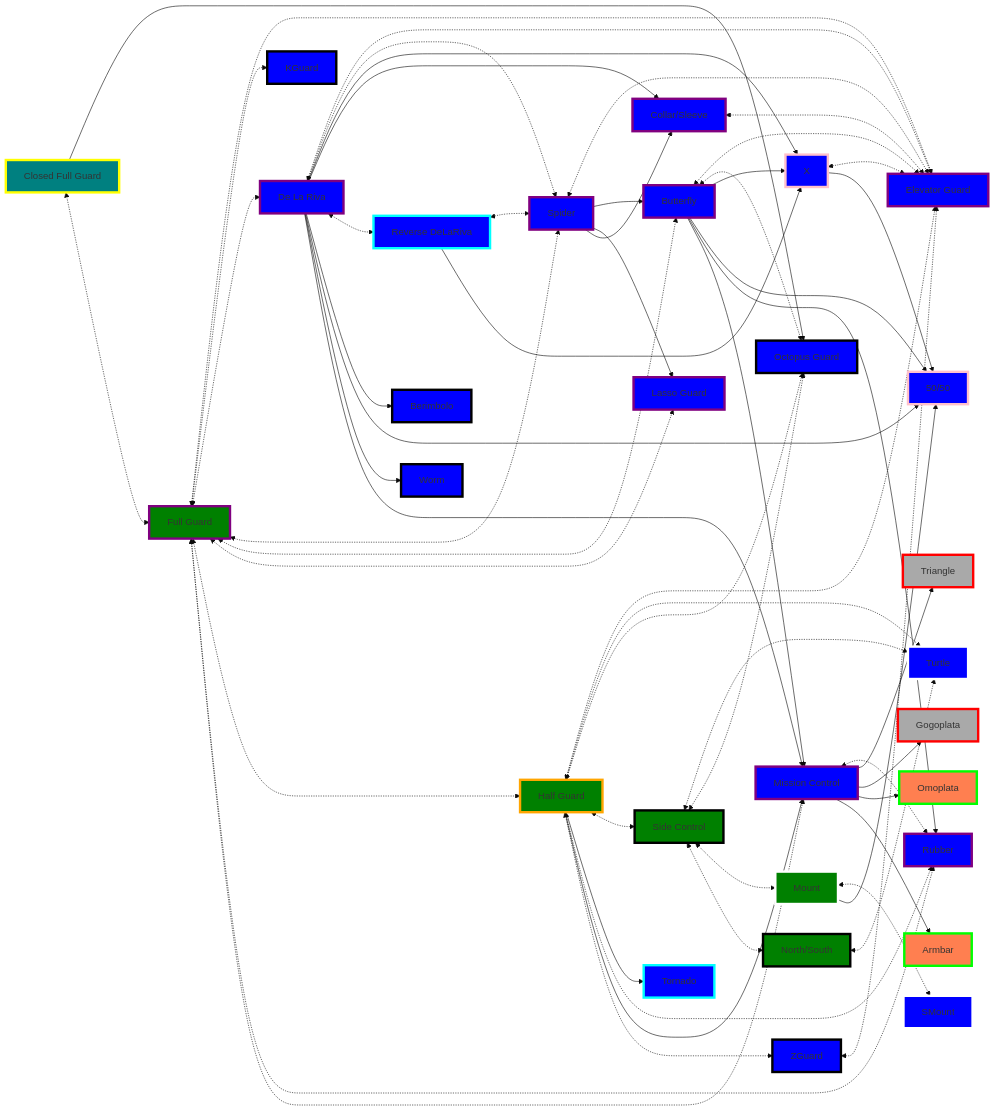
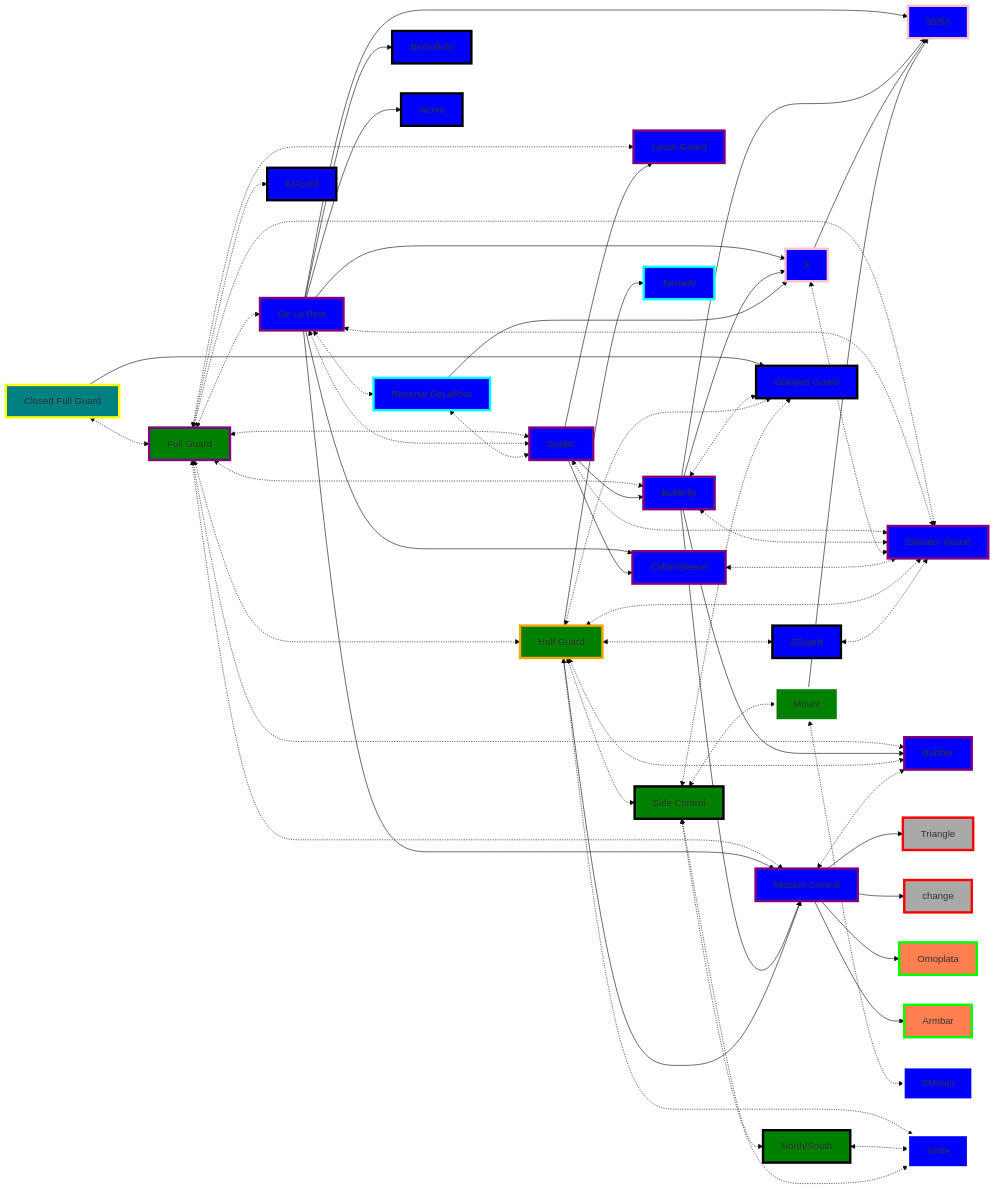
The first of 4 diagrams in _Fitness/BJJ Priority Flows.md (jacgit18/DevHiveMind), drawn with Mermaid (base theme) before and after one commit. The commit also changed other lines of this file, not shown here.

Commit message:
M "_Fitness/BJJ Priority Flows.md"

````diff
--- a/_Fitness/BJJ Priority Flows.md
+++ b/_Fitness/BJJ Priority Flows.md
@@ -21,9 +21,9 @@
 ``` mermaid
 flowchart LR
-	Closed[Closed Full Guard] 
     A[Full Guard] 
     B[De La Riva] 
     C[Spider]
+    Closed[Closed Full Guard] 
     D[Butterfly]
     E[Lasso Guard]
     F[X]
@@ -43,37 +43,14 @@
 	SMount[SMount]
 	Turtle[Turtle]
 	KGuard[KGuard]
-
 	OctopusGuard[Octopus Guard]
-
 	ElevatorGuard[Elevator Guard]
 
 	1[Triangle]
-	2[Gogoplata]
+	2[change]
 	3[Omoplata]
 	4[Armbar]
 
-	A <-.-> ElevatorGuard
-	B <-.-> ElevatorGuard
-	C <-.-> ElevatorGuard
-	D <-.-> ElevatorGuard
-	F <-.-> ElevatorGuard
-	G <-.-> ElevatorGuard
-	H <-.-> ElevatorGuard
-	Z <-.-> ElevatorGuard
-	H <-.-> Turtle
-	I <-.-> Turtle
-	K <-.-> Turtle
-	
-	J <-.-> SMount
-	
-
-	Closed --> OctopusGuard
-	D <-.-> OctopusGuard
-	H <-.-> OctopusGuard
-	I <-.-> OctopusGuard
-
-	Closed <-.-> A
 	A <-.-> KGuard
     A <-.-> B
     A <-.-> C
@@ -82,6 +59,7 @@
     A <-.-> H
     A <-.-> Q
     A <-.-> R
+    A <-.-> ElevatorGuard
     B <-.-> C
     B --> F
     B --> G
@@ -90,29 +68,45 @@
     B --> N
     B --> O
     B --> R
+    B <-.-> ElevatorGuard
     C --> D
     C --> E
     C --> G
+    C <-.-> ElevatorGuard
+    Closed <-.-> A
+	Closed --> OctopusGuard
 	D --> F
 	D --> N
 	D --> Q
 	D --> R
+	D <-.-> ElevatorGuard
+	D <-.-> OctopusGuard
 	F --> N
+	F <-.-> ElevatorGuard
+	G <-.-> ElevatorGuard
 	H <-.-> I
 	H --> P
 	H <-.-> Q 
 	H --> R
 	H <-.-> Z
+	H <-.-> ElevatorGuard
+	H <-.-> OctopusGuard
+	H <-.-> Turtle
 	I <-.-> J
 	J --> N
+	J <-.-> SMount
+	K <-.-> Turtle
 	L <-.-> C
 	L --> F
 	I <-.-> K
+	I <-.-> OctopusGuard
+	I <-.-> Turtle
 	R <-.-> Q 
 	R --> 1
 	R --> 2
 	R --> 3 
 	R --> 4 
+	Z <-.-> ElevatorGuard
 
 style SMount fill:blue,stroke:white,stroke-width:4px,shadow:shadow
 
````
